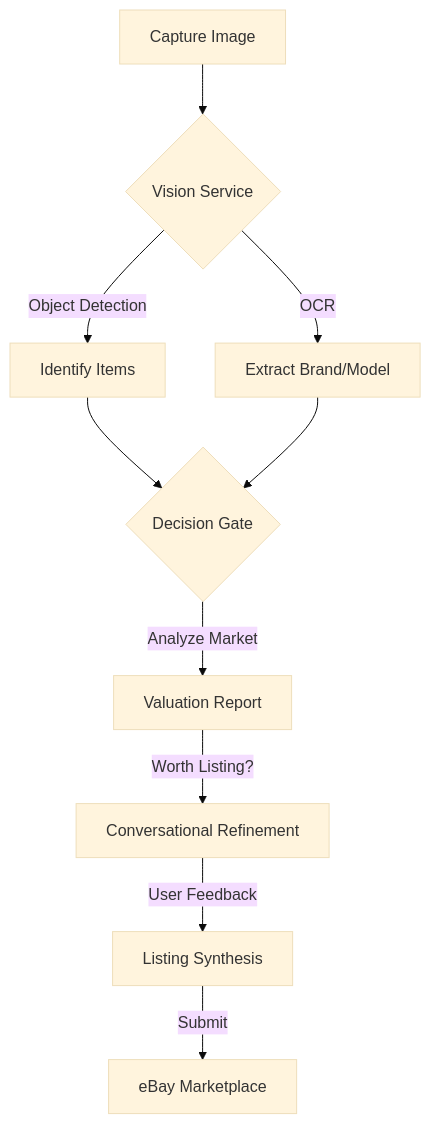
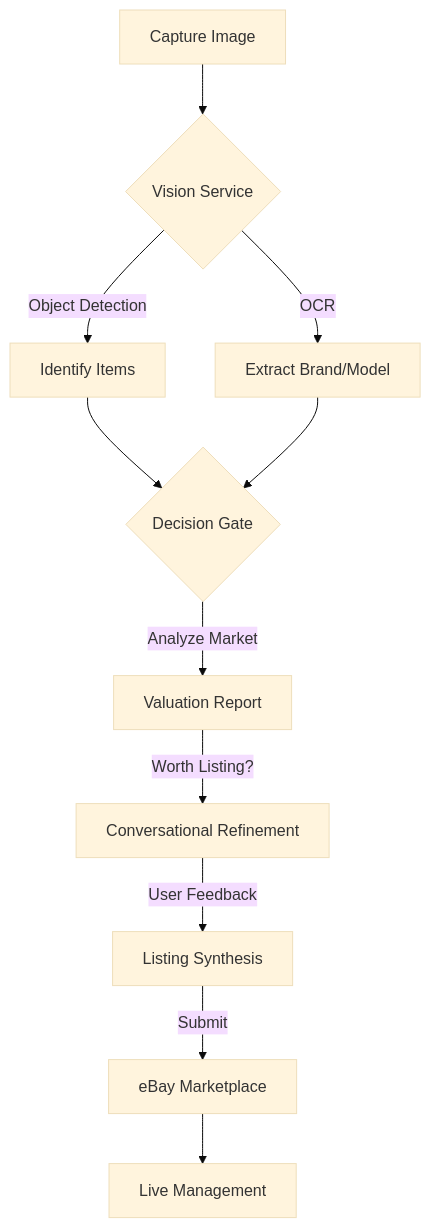
One commit to JenR8ed/AI-List-Assist changed the diagram in README.md. Above: the diagram before and after it, drawn with Mermaid (base theme). The commit also changed other lines of this file, not shown here.

````diff
--- a/README.md
+++ b/README.md
@@ -26,11 +27,12 @@
 ```mermaid
 graph TD
     A[Capture Image] --> B{Vision Service}
     B -->|Object Detection| C[Identify Items]
     B -->|OCR| D[Extract Brand/Model]
     C & D --> E{Decision Gate}
     E -->|Analyze Market| F[Valuation Report]
     F -->|Worth Listing?| G[Conversational Refinement]
     G -->|User Feedback| H[Listing Synthesis]
     H -->|Submit| I[eBay Marketplace]
+    I --> J[Live Management]
 ```
````
